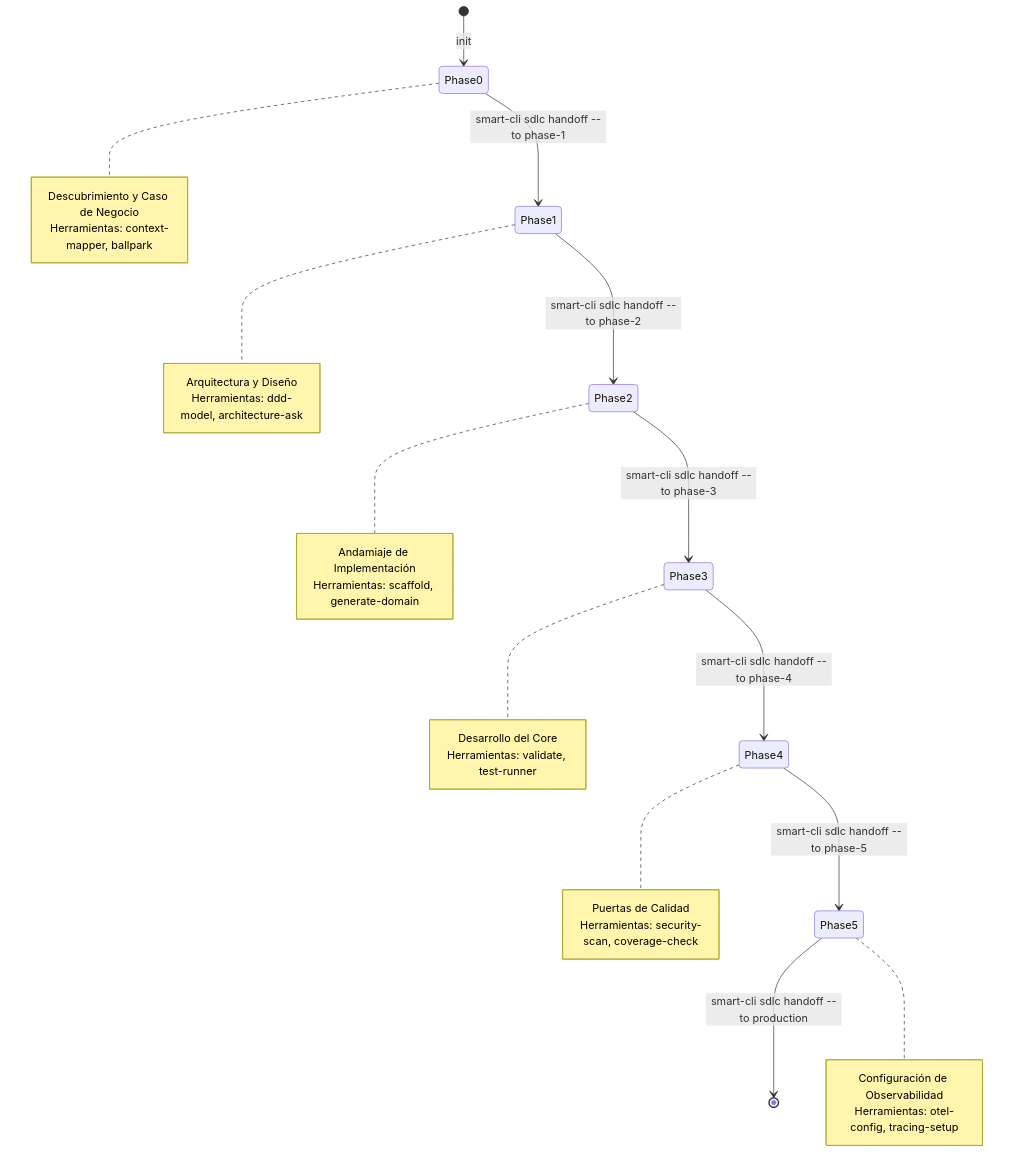
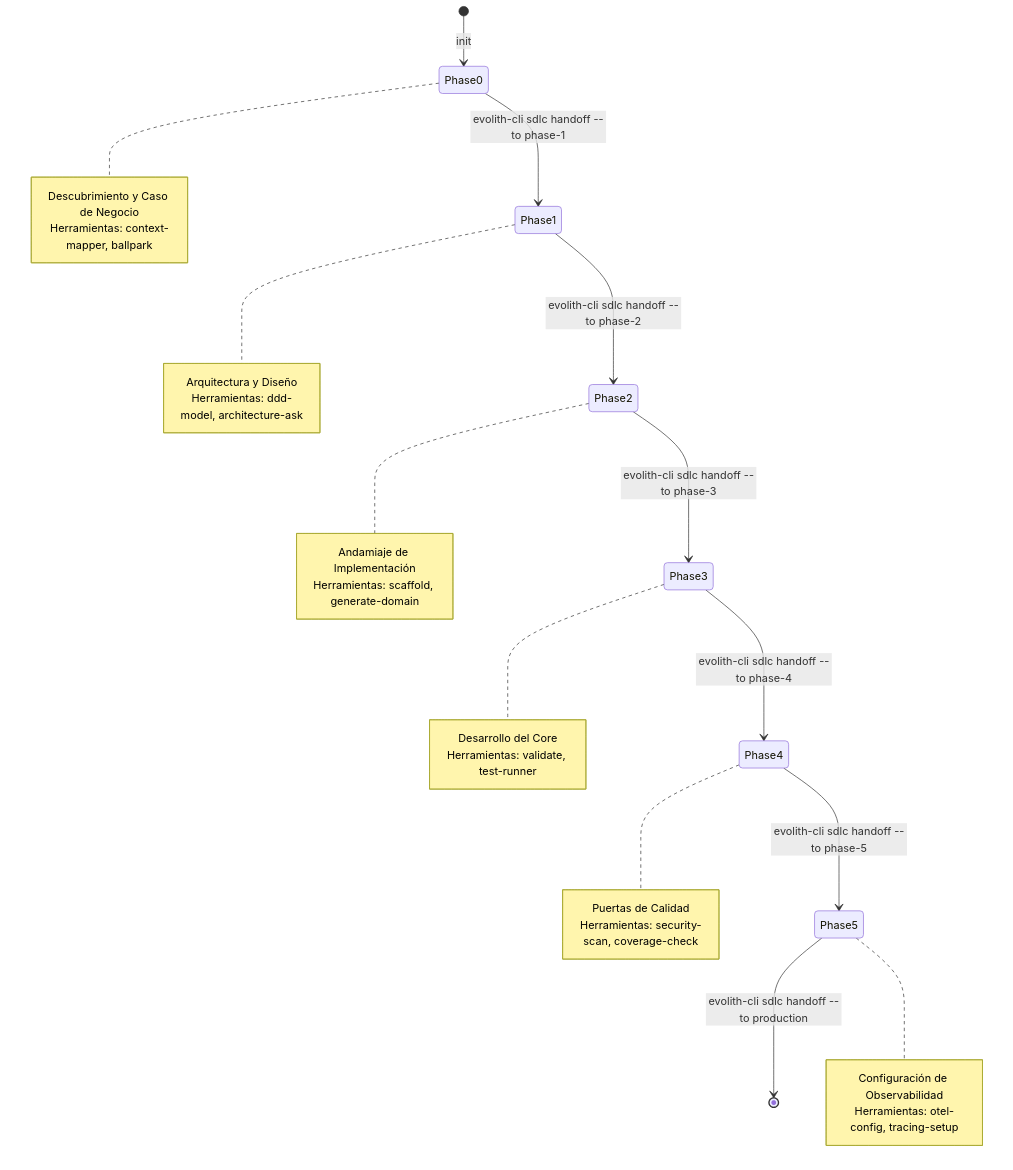
One commit to beyondnetcode/evolith_arch32 changed the ninth of 14 diagrams in src/sdk/cli/ARCHITECTURE.es.md. Above: the diagram before and after it, drawn with Mermaid. The commit also changed other lines of this file and 195 other files, not shown here.

First line of the commit message:
refactor(brand): align "Smart CLI" → "Evolith CLI" across docs, code, npm, and assemblies

````diff
--- a/src/sdk/cli/ARCHITECTURE.es.md
+++ b/src/sdk/cli/ARCHITECTURE.es.md
@@ -412,41 +412,41 @@
 ```mermaid
 stateDiagram-v2
     [*] --> Phase0: init
 
-    Phase0 --> Phase1: smart-cli sdlc handoff --to phase-1
-    Phase1 --> Phase2: smart-cli sdlc handoff --to phase-2
-    Phase2 --> Phase3: smart-cli sdlc handoff --to phase-3
-    Phase3 --> Phase4: smart-cli sdlc handoff --to phase-4
-    Phase4 --> Phase5: smart-cli sdlc handoff --to phase-5
-    Phase5 --> [*]: smart-cli sdlc handoff --to production
+    Phase0 --> Phase1: evolith-cli sdlc handoff --to phase-1
+    Phase1 --> Phase2: evolith-cli sdlc handoff --to phase-2
+    Phase2 --> Phase3: evolith-cli sdlc handoff --to phase-3
+    Phase3 --> Phase4: evolith-cli sdlc handoff --to phase-4
+    Phase4 --> Phase5: evolith-cli sdlc handoff --to phase-5
+    Phase5 --> [*]: evolith-cli sdlc handoff --to production
 
     note right of Phase0
         Descubrimiento y Caso de Negocio
         Herramientas: context-mapper, ballpark
     end note
 
     note right of Phase1
         Arquitectura y Diseño
         Herramientas: ddd-model, architecture-ask
     end note
 
     note right of Phase2
         Andamiaje de Implementación
         Herramientas: scaffold, generate-domain
     end note
 
     note right of Phase3
         Desarrollo del Core
         Herramientas: validate, test-runner
     end note
 
     note right of Phase4
         Puertas de Calidad
         Herramientas: security-scan, coverage-check
     end note
 
     note right of Phase5
         Configuración de Observabilidad
         Herramientas: otel-config, tracing-setup
     end note
 ```
````
